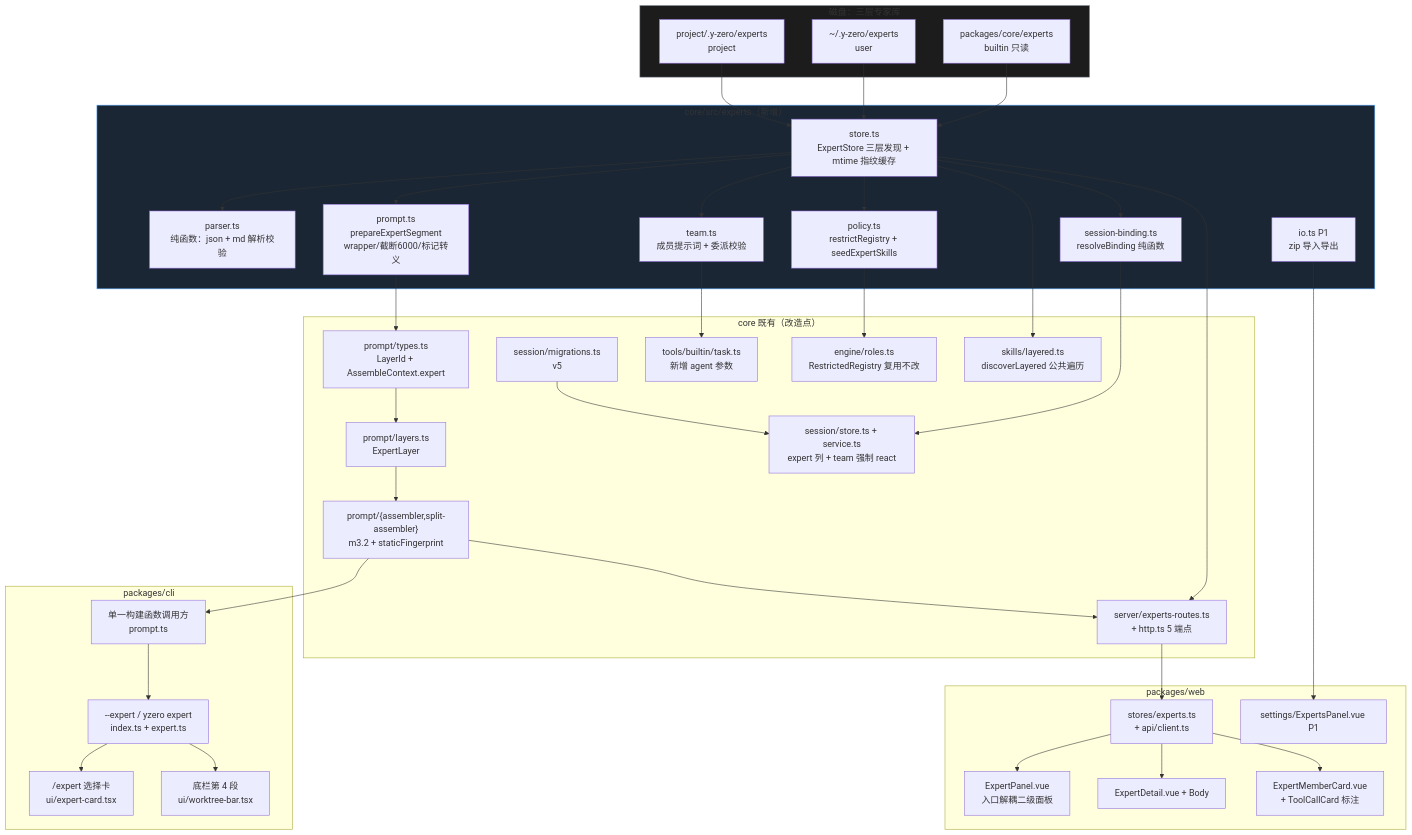
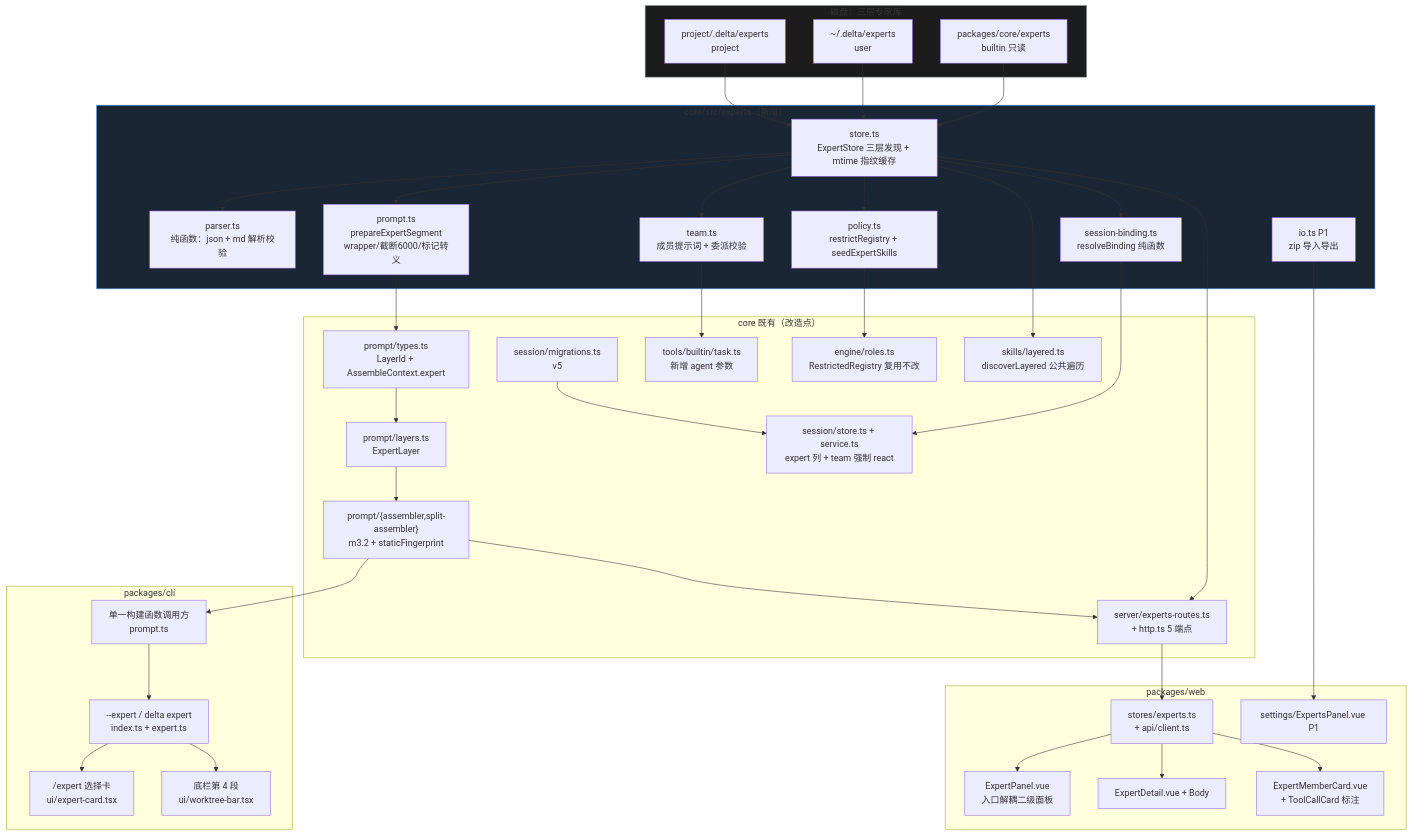
One commit to lwly/delta-agent changed the first of 6 diagrams in docs/design-f39-experts.md. Above: the diagram before and after it, drawn with Mermaid. The commit also changed other lines of this file and 175 other files, not shown here.

First line of the commit message:
refactor!: 更名 y-zero-agent → delta-agent

````diff
--- a/docs/design-f39-experts.md
+++ b/docs/design-f39-experts.md
@@ -117,76 +117,76 @@
 ```mermaid
 flowchart TD
     subgraph DISK["磁盘：三层专家库"]
         B["packages/core/experts<br/>builtin 只读"]
-        U["~/.y-zero/experts<br/>user"]
-        P["project/.y-zero/experts<br/>project"]
+        U["~/.delta/experts<br/>user"]
+        P["project/.delta/experts<br/>project"]
     end
 
     subgraph CORE_EXP["core/src/experts（新增）"]
         PARSE["parser.ts<br/>纯函数：json + md 解析校验"]
         STORE["store.ts<br/>ExpertStore 三层发现 + mtime 指纹缓存"]
         EPMT["prompt.ts<br/>prepareExpertSegment<br/>wrapper/截断6000/标记转义"]
         POLICY["policy.ts<br/>restrictRegistry + seedExpertSkills"]
         BIND["session-binding.ts<br/>resolveBinding 纯函数"]
         TEAM["team.ts<br/>成员提示词 + 委派校验"]
         IO["io.ts P1<br/>zip 导入导出"]
     end
 
     subgraph CORE_LINK["core 既有（改造点）"]
         PT["prompt/types.ts<br/>LayerId + AssembleContext.expert"]
         PL["prompt/layers.ts<br/>ExpertLayer"]
         PA["prompt/{assembler,split-assembler}<br/>m3.2 + staticFingerprint"]
         MIG["session/migrations.ts<br/>v5"]
         SESS["session/store.ts + service.ts<br/>expert 列 + team 强制 react"]
         TASK["tools/builtin/task.ts<br/>新增 agent 参数"]
         ROLES["engine/roles.ts<br/>RestrictedRegistry 复用不改"]
         HTTP["server/experts-routes.ts<br/>+ http.ts 5 端点"]
         SP["skills/layered.ts<br/>discoverLayered 公共遍历"]
     end
 
     subgraph CLI["packages/cli"]
-        C1["--expert / yzero expert<br/>index.ts + expert.ts"]
+        C1["--expert / delta expert<br/>index.ts + expert.ts"]
         C2["/expert 选择卡<br/>ui/expert-card.tsx"]
         C3["底栏第 4 段<br/>ui/worktree-bar.tsx"]
         C4["单一构建函数调用方<br/>prompt.ts"]
     end
 
     subgraph WEB["packages/web"]
         W1["ExpertPanel.vue<br/>入口解耦二级面板"]
         W2["ExpertDetail.vue + Body"]
         W3["ExpertMemberCard.vue<br/>+ ToolCallCard 标注"]
         W4["stores/experts.ts<br/>+ api/client.ts"]
         W5["settings/ExpertsPanel.vue P1"]
     end
 
     B --> STORE
     U --> STORE
     P --> STORE
     STORE --> PARSE
     STORE --> BIND
     STORE --> EPMT
     STORE --> POLICY
     STORE --> TEAM
     EPMT --> PT
     PT --> PL
     PL --> PA
     BIND --> SESS
     MIG --> SESS
     POLICY --> ROLES
     TEAM --> TASK
     STORE --> HTTP
     STORE --> SP
     PA --> C4
     PA --> HTTP
     C4 --> C1
     HTTP --> W4
     W4 --> W1
     W4 --> W2
     W4 --> W3
     C1 --> C2
     C1 --> C3
     IO --> W5
 
     style CORE_EXP fill:#1a2634,stroke:#58a6ff
     style DISK fill:#1c1c1c,stroke:#8b949e
 ```
````
